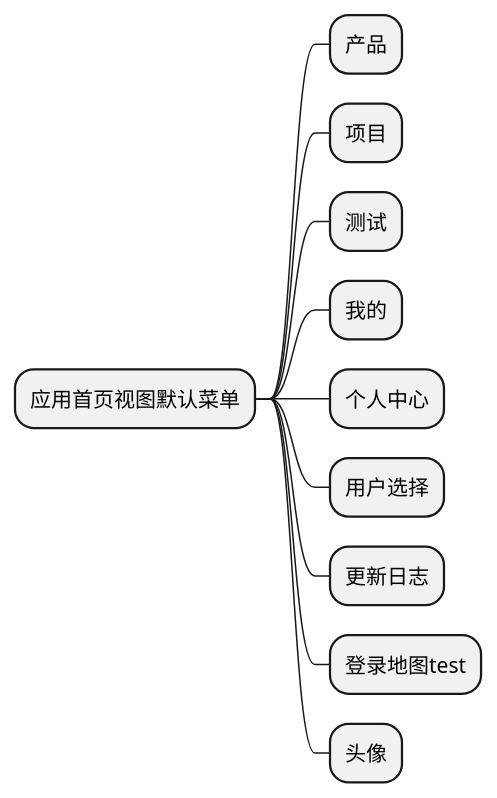
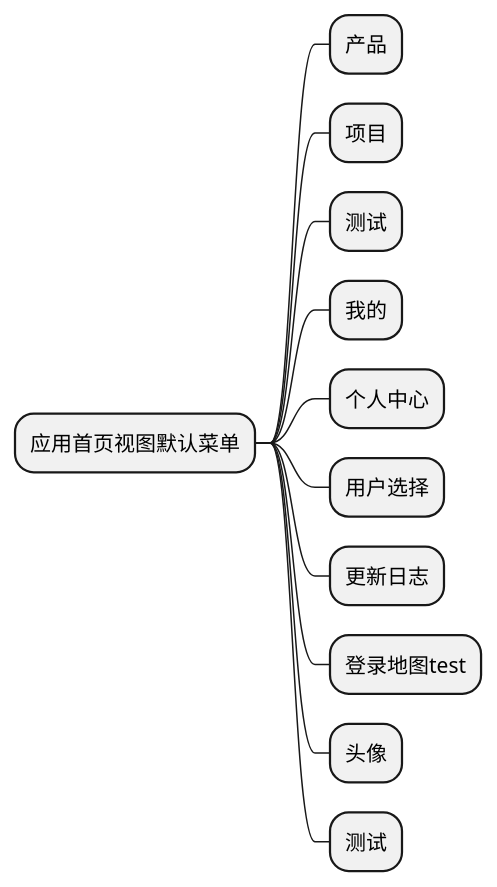
Before and after one commit to zj335841911/nt_chandao: the diagram in ibizpms-docs/src/main/doc/v1/app/mob/AppIndexView.md, drawn with PlantUML. The commit also changed other lines of this file and 40 other files, not shown here.

```diff
--- a/ibizpms-docs/src/main/doc/v1/app/mob/AppIndexView.md
+++ b/ibizpms-docs/src/main/doc/v1/app/mob/AppIndexView.md
@@ -5,14 +5,15 @@
 {% plantuml %}
 @startmindmap
 * 应用首页视图默认菜单
 ** 产品
 ** 项目
 ** 测试
 ** 我的
 ** 个人中心
 ** 用户选择
 ** 更新日志
 ** 登录地图test
 ** 头像
+** 测试
 @endmindmap
 {% endplantuml %}
```
